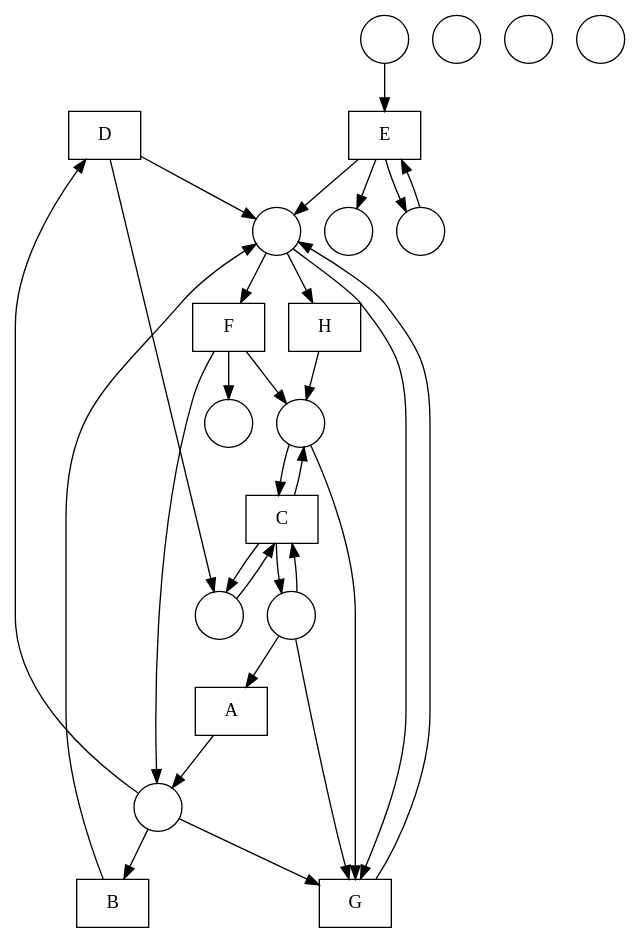
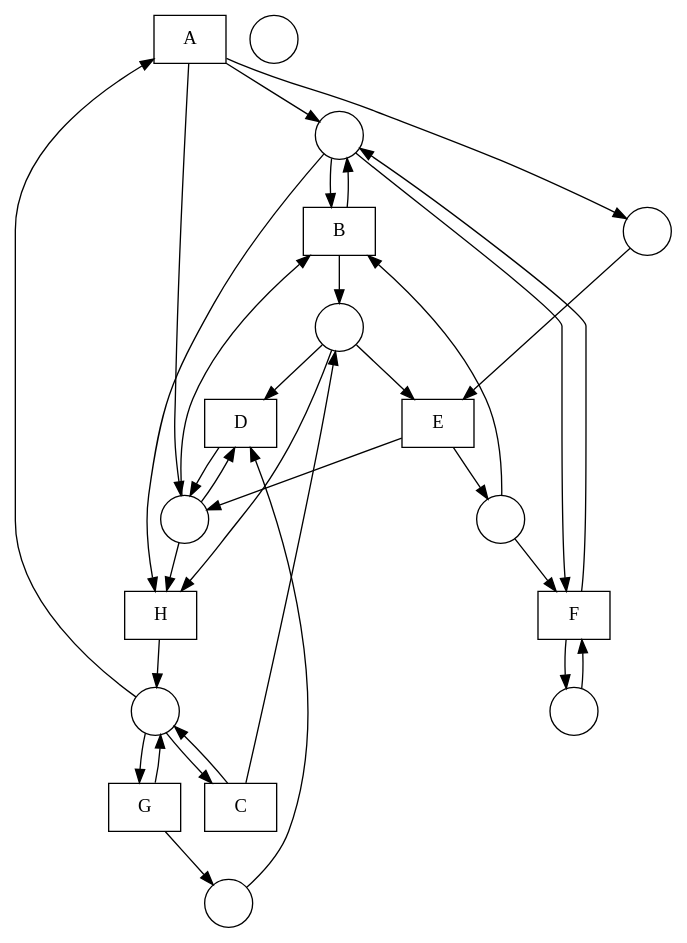
One commit to DWitek97/GeneticMiner changed the diagram in nets/Fittest net.gv. Above: the diagram before and after it, drawn with Graphviz. The commit also changed 6 other files, not shown here.

```diff
--- a/nets/Fittest net.gv
+++ b/nets/Fittest net.gv
@@ -1,53 +1,53 @@
 digraph "Fittest net" {
 	node [shape=box]
+	A [label=A]
 	D [label=D]
 	E [label=E]
+	B [label=B]
+	G [label=G]
 	C [label=C]
-	A [label=A]
 	H [label=H]
 	F [label=F]
-	B [label=B]
-	G [label=G]
 	node [shape=circle]
 	1 [label=" "]
 	2 [label=" "]
 	3 [label=" "]
 	4 [label=" "]
 	5 [label=" "]
 	6 [label=" "]
 	7 [label=" "]
 	8 [label=" "]
 	9 [label=" "]
-	10 [label=" "]
-	11 [label=" "]
-	12 [label=" "]
-	2 -> D
-	D -> 6
-	D -> 5
-	3 -> E
-	4 -> E
+	4 -> A
+	A -> 7
+	A -> 3
+	A -> 5
+	9 -> D
+	7 -> D
+	1 -> D
+	D -> 7
+	1 -> E
+	5 -> E
+	E -> 6
 	E -> 7
-	E -> 5
-	E -> 4
-	8 -> C
-	1 -> C
-	6 -> C
-	C -> 6
+	6 -> B
+	3 -> B
+	7 -> B
+	B -> 3
+	B -> 1
+	4 -> G
+	G -> 4
+	G -> 9
+	4 -> C
 	C -> 1
-	C -> 8
-	1 -> A
-	A -> 2
-	5 -> H
-	H -> 8
-	5 -> F
+	C -> 4
+	1 -> H
+	3 -> H
+	7 -> H
+	H -> 4
+	3 -> F
+	6 -> F
+	2 -> F
+	F -> 3
 	F -> 2
-	F -> 8
-	F -> 9
-	2 -> B
-	B -> 5
-	5 -> G
-	2 -> G
-	1 -> G
-	8 -> G
-	G -> 5
 }
```
